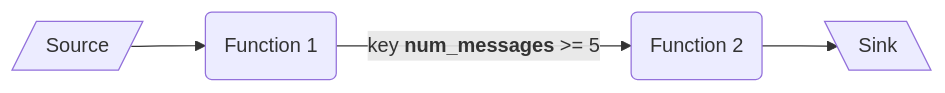
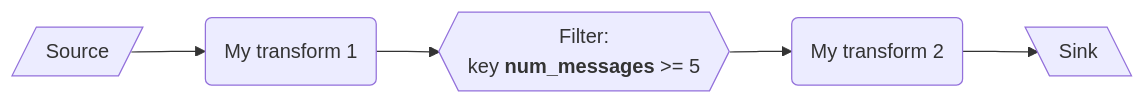
Before and after one commit to glassflow/pipelines-repo-template: the first of 2 diagrams in README.md, drawn with Mermaid. The commit also changed other lines of this file, not shown here.

````diff
--- a/README.md
+++ b/README.md
@@ -82,12 +198,13 @@
 ```mermaid
 ---
-Sequential with filtering Example
+Sequential pipeline with filtering block
 ---
 flowchart LR
     source@{ shape: lean-r, label: "Source" }
     sink@{ shape: lean-l, label: "Sink" }
-    fn_1@{ shape: rounded, label: "Function 1" }
-    fn_2@{ shape: rounded, label: "Function 2" }
+    fn_1@{ shape: rounded, label: "My transform 1" }
+    filter@{ shape: hex, label: "Filter:\nkey **num_messages** >= 5" }
+    fn_2@{ shape: rounded, label: "My transform 2" }
     
-    source --> fn_1 --"`key **num_messages** >= 5`"--> fn_2 --> sink
+    source --> fn_1 --> filter --> fn_2 --> sink
 ```
````
